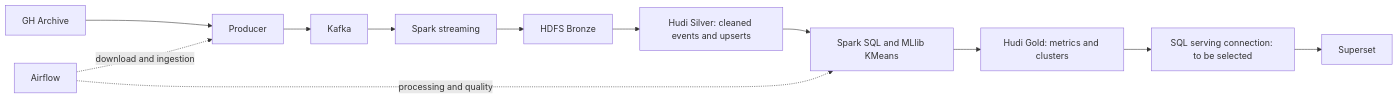
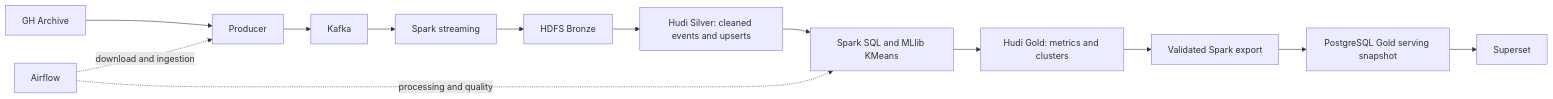
One commit to UssamaRei/github-activity-analytics changed the second of 2 diagrams in docs/architecture.md. Above: the diagram before and after it, drawn with Mermaid. The commit also changed other lines of this file and 40 other files, not shown here.

````diff
--- a/docs/architecture.md
+++ b/docs/architecture.md
@@ -26,14 +30,15 @@
 ```mermaid
 flowchart LR
     GH[GH Archive] --> P[Producer]
     P --> K[Kafka]
     K --> ST[Spark streaming]
     ST --> B[HDFS Bronze]
     B --> SI[Hudi Silver: cleaned events and upserts]
     SI --> SP[Spark SQL and MLlib KMeans]
     SP --> GO[Hudi Gold: metrics and clusters]
-    GO --> Q[SQL serving connection: to be selected]
+    GO --> EX[Validated Spark export]
+    EX --> Q[PostgreSQL Gold serving snapshot]
     Q --> SU[Superset]
     AF[Airflow] -. download and ingestion .-> P
     AF -. processing and quality .-> SP
 ```
````
